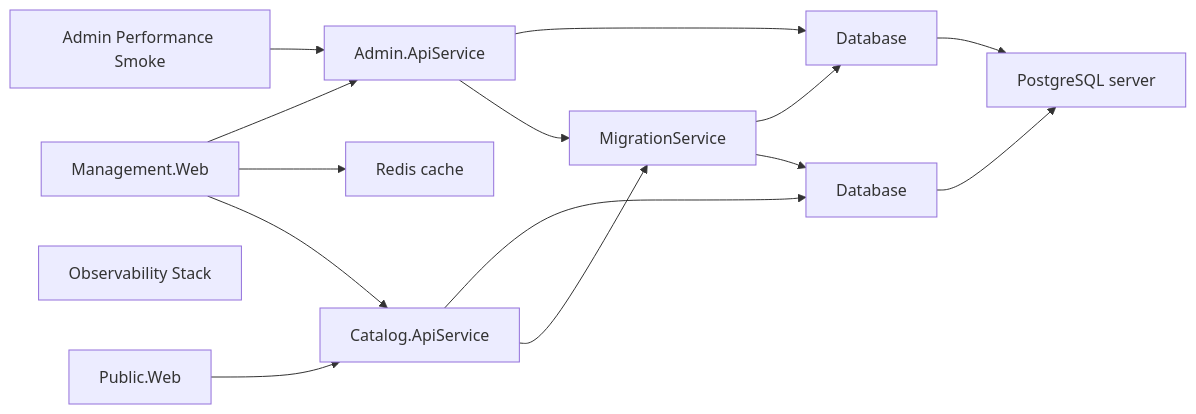
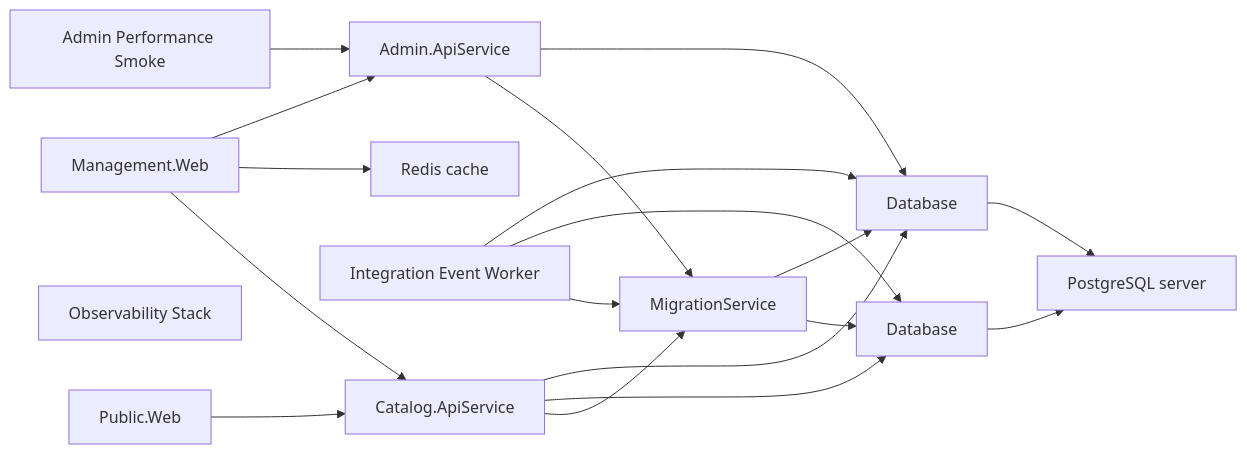
The first of 2 diagrams in docs/architecture/runtime-wiring-and-deployment.md (danigutsch/ViajantesTurismo), drawn with Mermaid before and after one commit. The commit also changed 69 other files, not shown here.

Commit message:
feat(messaging): add postgres integration event transport

````diff
--- a/docs/architecture/runtime-wiring-and-deployment.md
+++ b/docs/architecture/runtime-wiring-and-deployment.md
@@ -13,27 +13,32 @@
 ```mermaid
 flowchart LR
     AdminPerformanceSmoke[Admin Performance Smoke]
     apiService[Admin.ApiService]
     catalogApiService[Catalog.ApiService]
     adminDatabase[Database]
     catalogDatabase[Database]
+    IntegrationEventWorker[Integration Event Worker]
     ManagementWeb[Management.Web]
     migrationService[MigrationService]
     ObservabilityStack[Observability Stack]
     databaseServer[PostgreSQL server]
     PublicWeb[Public.Web]
     cache[Redis cache]
     AdminPerformanceSmoke --> apiService
+    IntegrationEventWorker --> adminDatabase
+    IntegrationEventWorker --> catalogDatabase
+    IntegrationEventWorker --> migrationService
     ManagementWeb --> apiService
     ManagementWeb --> cache
     ManagementWeb --> catalogApiService
     PublicWeb --> catalogApiService
     adminDatabase --> databaseServer
     apiService --> adminDatabase
     apiService --> migrationService
+    catalogApiService --> adminDatabase
     catalogApiService --> catalogDatabase
     catalogApiService --> migrationService
     catalogDatabase --> databaseServer
     migrationService --> adminDatabase
     migrationService --> catalogDatabase
 ```
````
